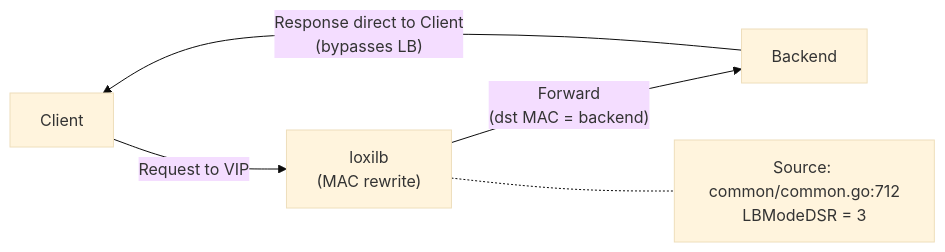
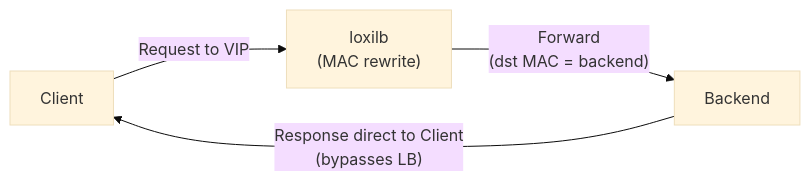
The first of 2 diagrams in docs/network-gateway/dsr.md (NLX-SeokHwanKong/loxilbdocs), drawn with Mermaid (base theme) before and after one commit. The commit also changed other lines of this file and 2 other files, not shown here.

First line of the commit message:
docs(08-01): rewrite egress-lb, dsr, nat64 to REST API-first format

````diff
--- a/docs/network-gateway/dsr.md
+++ b/docs/network-gateway/dsr.md
@@ -22,8 +22,6 @@
 ```mermaid
 flowchart LR
     Client -->|"Request to VIP"| LB["loxilb\n(MAC rewrite)"]
     LB -->|"Forward\n(dst MAC = backend)"| Backend
     Backend -->|"Response direct to Client\n(bypasses LB)"| Client
-
-    LB -.- L1["Source: common/common.go:712\nLBModeDSR = 3"]
 ```
````
